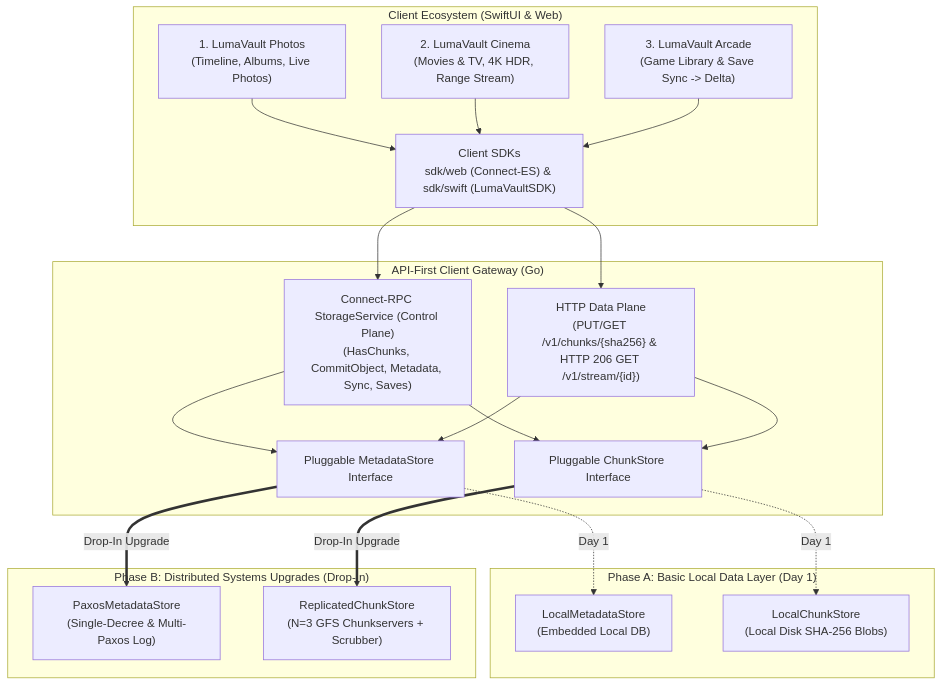
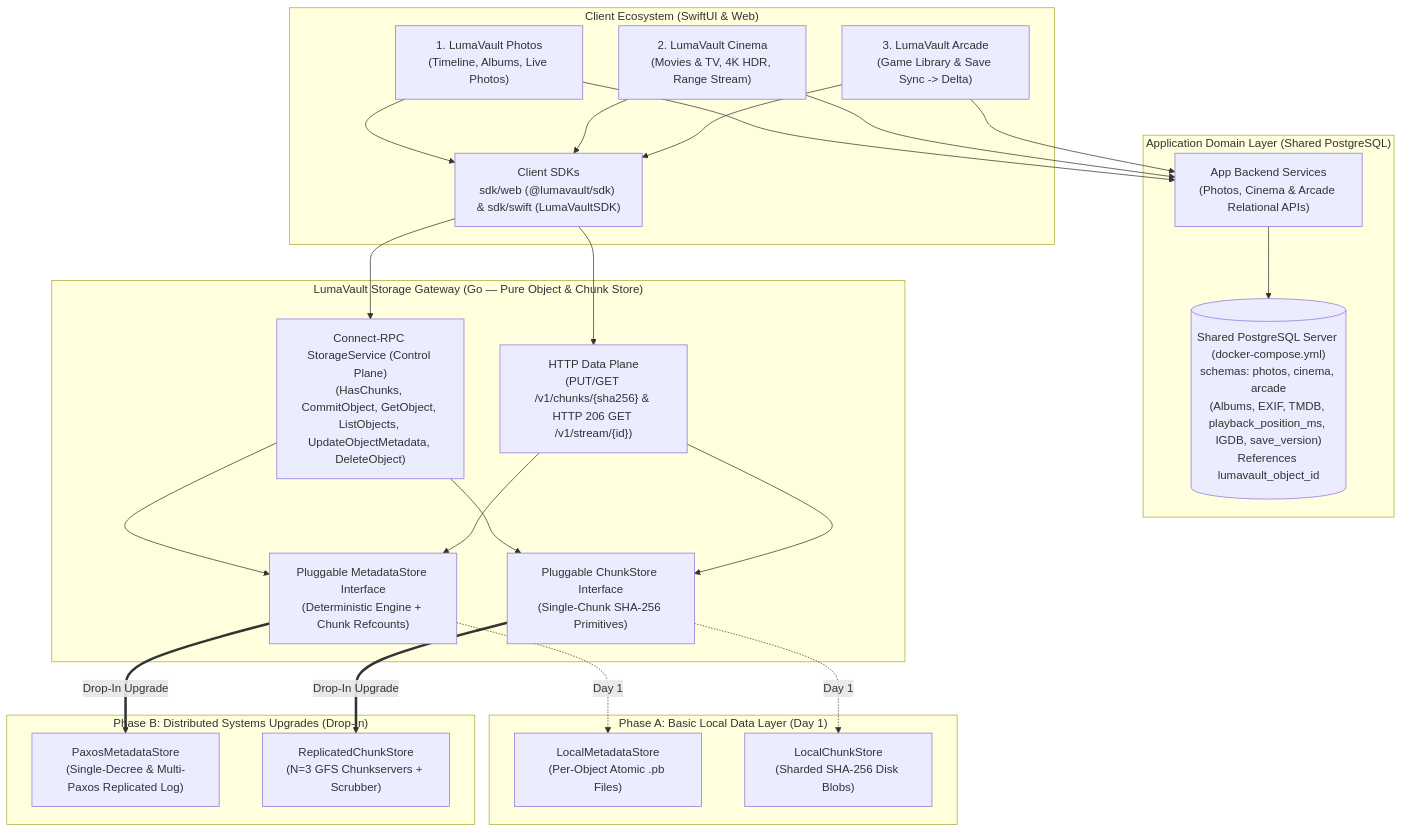
One commit to AgrawalVi/lumavault changed the diagram in docs/BLUEPRINT.md. Above: the diagram before and after it, drawn with Mermaid. The commit also changed other lines of this file and 6 other files, not shown here.

Commit message:
feat(core,docs): decouple pure storage core from PostgreSQL app DB (LUM-8, LUM-11)

````diff
--- a/docs/BLUEPRINT.md
+++ b/docs/BLUEPRINT.md
@@ -19,43 +20,53 @@
 ```mermaid
 flowchart TD
     subgraph Clients["Client Ecosystem (SwiftUI & Web)"]
         Photos["1. LumaVault Photos<br/>(Timeline, Albums, Live Photos)"]
         Cinema["2. LumaVault Cinema<br/>(Movies & TV, 4K HDR, Range Stream)"]
         Arcade["3. LumaVault Arcade<br/>(Game Library & Save Sync -> Delta)"]
-        SDKs["Client SDKs<br/>sdk/web (Connect-ES) & sdk/swift (LumaVaultSDK)"]
+        SDKs["Client SDKs<br/>sdk/web (@lumavault/sdk) & sdk/swift (LumaVaultSDK)"]
     end
 
-    subgraph Gateway["API-First Client Gateway (Go)"]
-        RPC_API["Connect-RPC StorageService (Control Plane)<br/>(HasChunks, CommitObject, Metadata, Sync, Saves)"]
+    subgraph AppLayer["Application Domain Layer (Shared PostgreSQL)"]
+        AppAPIs["App Backend Services<br/>(Photos, Cinema & Arcade Relational APIs)"]
+        Postgres[("Shared PostgreSQL Server (docker-compose.yml)<br/>schemas: photos, cinema, arcade<br/>(Albums, EXIF, TMDB, playback_position_ms, IGDB, save_version)<br/>References lumavault_object_id")]
+    end
+
+    subgraph Gateway["LumaVault Storage Gateway (Go — Pure Object & Chunk Store)"]
+        RPC_API["Connect-RPC StorageService (Control Plane)<br/>(HasChunks, CommitObject, GetObject, ListObjects, UpdateObjectMetadata, DeleteObject)"]
         HTTP_Stream["HTTP Data Plane<br/>(PUT/GET /v1/chunks/{sha256} & HTTP 206 GET /v1/stream/{id})"]
-        MetaIface["Pluggable MetadataStore Interface"]
-        ChunkIface["Pluggable ChunkStore Interface"]
+        MetaIface["Pluggable MetadataStore Interface<br/>(Deterministic Engine + Chunk Refcounts)"]
+        ChunkIface["Pluggable ChunkStore Interface<br/>(Single-Chunk SHA-256 Primitives)"]
     end
 
     subgraph BasicLayer["Phase A: Basic Local Data Layer (Day 1)"]
-        LocalMeta["LocalMetadataStore<br/>(Embedded Local DB)"]
-        LocalChunk["LocalChunkStore<br/>(Local Disk SHA-256 Blobs)"]
+        LocalMeta["LocalMetadataStore<br/>(Per-Object Atomic <id>.pb Files)"]
+        LocalChunk["LocalChunkStore<br/>(Sharded SHA-256 Disk Blobs)"]
     end
 
     subgraph DistLayer["Phase B: Distributed Systems Upgrades (Drop-In)"]
-        Paxos["PaxosMetadataStore<br/>(Single-Decree & Multi-Paxos Log)"]
+        Paxos["PaxosMetadataStore<br/>(Single-Decree & Multi-Paxos Replicated Log)"]
         ChunkCluster["ReplicatedChunkStore<br/>(N=3 GFS Chunkservers + Scrubber)"]
     end
+
+    Photos --> AppAPIs
+    Cinema --> AppAPIs
+    Arcade --> AppAPIs
+    AppAPIs --> Postgres
 
     Photos --> SDKs
     Cinema --> SDKs
     Arcade --> SDKs
     SDKs --> RPC_API
     SDKs --> HTTP_Stream
 
     RPC_API --> MetaIface
     RPC_API --> ChunkIface
     HTTP_Stream --> MetaIface
     HTTP_Stream --> ChunkIface
 
     MetaIface -.->|"Day 1"| LocalMeta
     ChunkIface -.->|"Day 1"| LocalChunk
 
     MetaIface ==>|"Drop-In Upgrade"| Paxos
     ChunkIface ==>|"Drop-In Upgrade"| ChunkCluster
 ```
````
